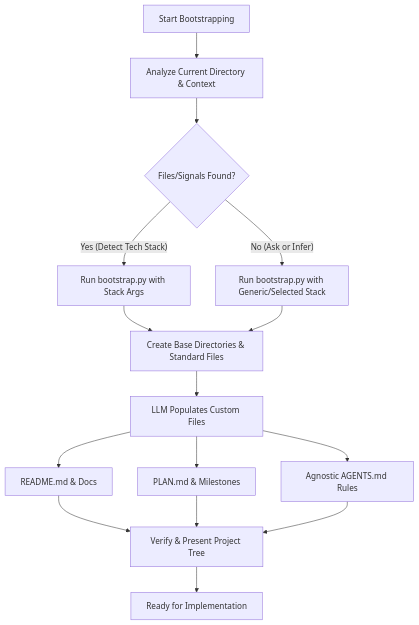
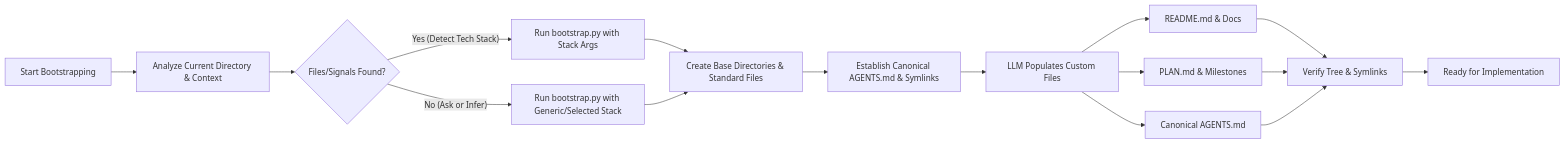
The diagram in skills/bootstrapping-projects/SKILL.md (stenalpjolly/llm-skills), drawn with Mermaid before and after one commit. The commit also changed other lines of this file and 7 other files, not shown here.

````diff
--- a/skills/bootstrapping-projects/SKILL.md
+++ b/skills/bootstrapping-projects/SKILL.md
@@ -16,17 +16,18 @@
 ```mermaid
-graph TD
+flowchart LR
     A[Start Bootstrapping] --> B[Analyze Current Directory & Context]
     B --> C{Files/Signals Found?}
     C -- Yes (Detect Tech Stack) --> D[Run bootstrap.py with Stack Args]
     C -- No (Ask or Infer) --> E[Run bootstrap.py with Generic/Selected Stack]
     D --> F[Create Base Directories & Standard Files]
     E --> F
-    F --> G[LLM Populates Custom Files]
-    G --> G1[README.md & Docs]
-    G --> G2[PLAN.md & Milestones]
-    G --> G3[Agnostic AGENTS.md Rules]
-    G1 --> H[Verify & Present Project Tree]
-    G2 --> H
-    G3 --> H
-    H --> I[Ready for Implementation]
+    F --> G[Establish Canonical AGENTS.md & Symlinks]
+    G --> H[LLM Populates Custom Files]
+    H --> H1[README.md & Docs]
+    H --> H2[PLAN.md & Milestones]
+    H --> H3[Canonical AGENTS.md]
+    H1 --> I[Verify Tree & Symlinks]
+    H2 --> I
+    H3 --> I
+    I --> J[Ready for Implementation]
 ```
````
